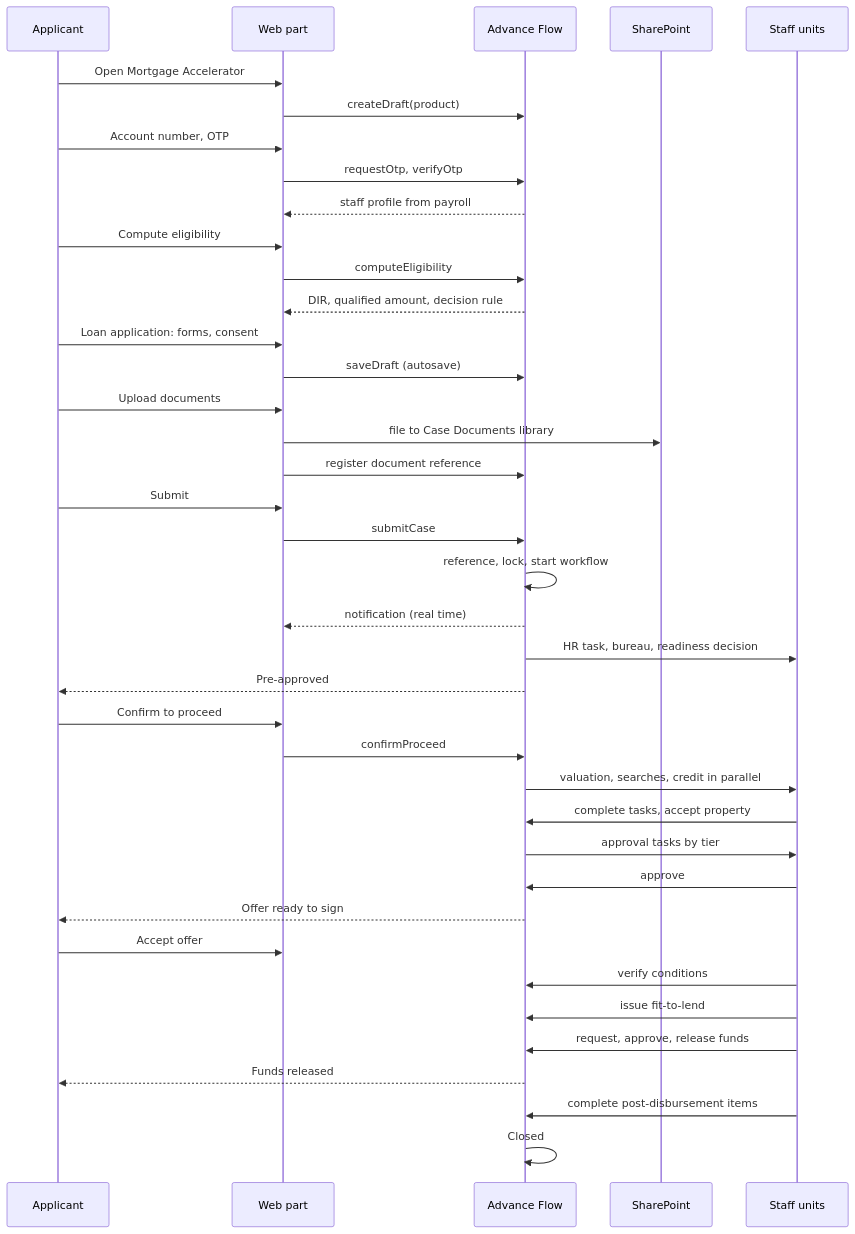
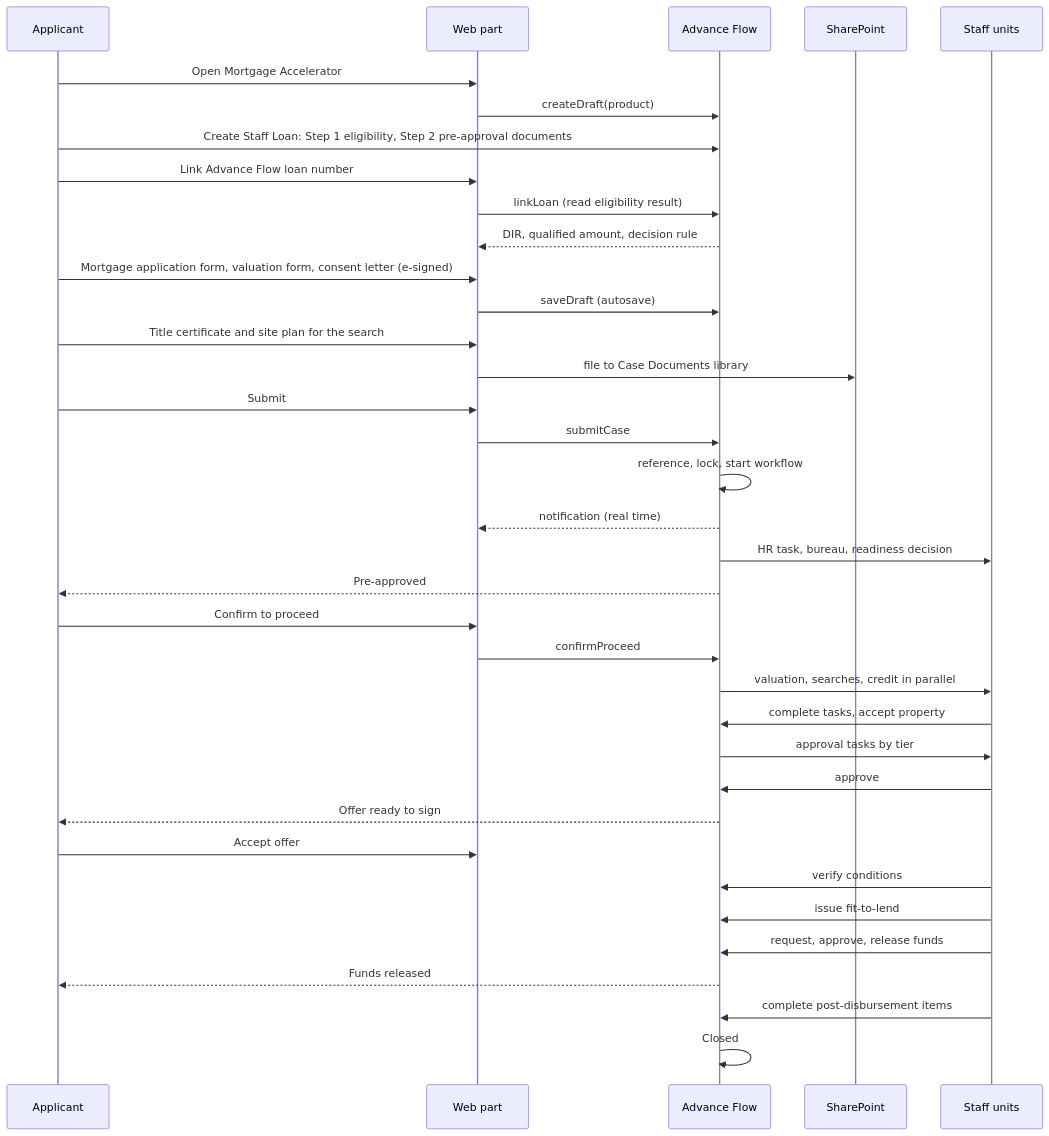
Before and after one commit to marriet-aho/Mortgage-: the first of 2 diagrams in mortgage-accelerator/docs/09-end-to-end-lifecycle.md, drawn with Mermaid. The commit also changed other lines of this file and 14 other files, not shown here.

First line of the commit message:
Mortgage Accelerator: link Advance Flow loan instead of repeating eligibility; pre-approval documents stay in Create Staff Loan Step 2

````diff
--- a/mortgage-accelerator/docs/09-end-to-end-lifecycle.md
+++ b/mortgage-accelerator/docs/09-end-to-end-lifecycle.md
@@ -7,41 +7,38 @@
 ```mermaid
 sequenceDiagram
   participant A as Applicant
   participant W as Web part
   participant AF as Advance Flow
   participant S as SharePoint
   participant U as Staff units
   A->>W: Open Mortgage Accelerator
   W->>AF: createDraft(product)
-  A->>W: Account number, OTP
-  W->>AF: requestOtp, verifyOtp
-  AF-->>W: staff profile from payroll
-  A->>W: Compute eligibility
-  W->>AF: computeEligibility
+  A->>AF: Create Staff Loan: Step 1 eligibility, Step 2 pre-approval documents
+  A->>W: Link Advance Flow loan number
+  W->>AF: linkLoan (read eligibility result)
   AF-->>W: DIR, qualified amount, decision rule
-  A->>W: Loan application: forms, consent
+  A->>W: Mortgage application form, valuation form, consent letter (e-signed)
   W->>AF: saveDraft (autosave)
-  A->>W: Upload documents
+  A->>W: Title certificate and site plan for the search
   W->>S: file to Case Documents library
-  W->>AF: register document reference
   A->>W: Submit
   W->>AF: submitCase
   AF->>AF: reference, lock, start workflow
   AF-->>W: notification (real time)
   AF->>U: HR task, bureau, readiness decision
   AF-->>A: Pre-approved
   A->>W: Confirm to proceed
   W->>AF: confirmProceed
   AF->>U: valuation, searches, credit in parallel
   U->>AF: complete tasks, accept property
   AF->>U: approval tasks by tier
   U->>AF: approve
   AF-->>A: Offer ready to sign
   A->>W: Accept offer
   U->>AF: verify conditions
   U->>AF: issue fit-to-lend
   U->>AF: request, approve, release funds
   AF-->>A: Funds released
   U->>AF: complete post-disbursement items
   AF->>AF: Closed
 ```
````
